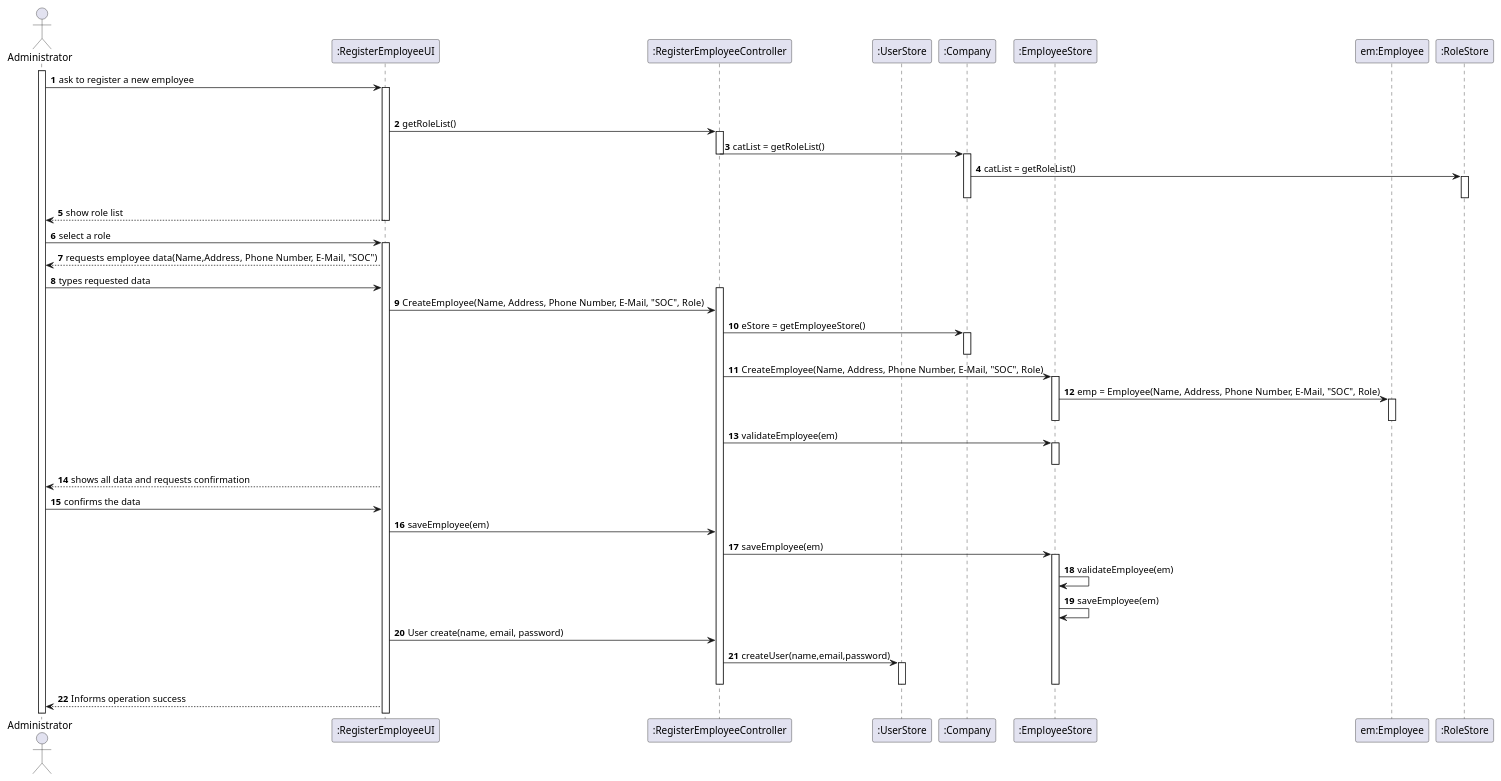
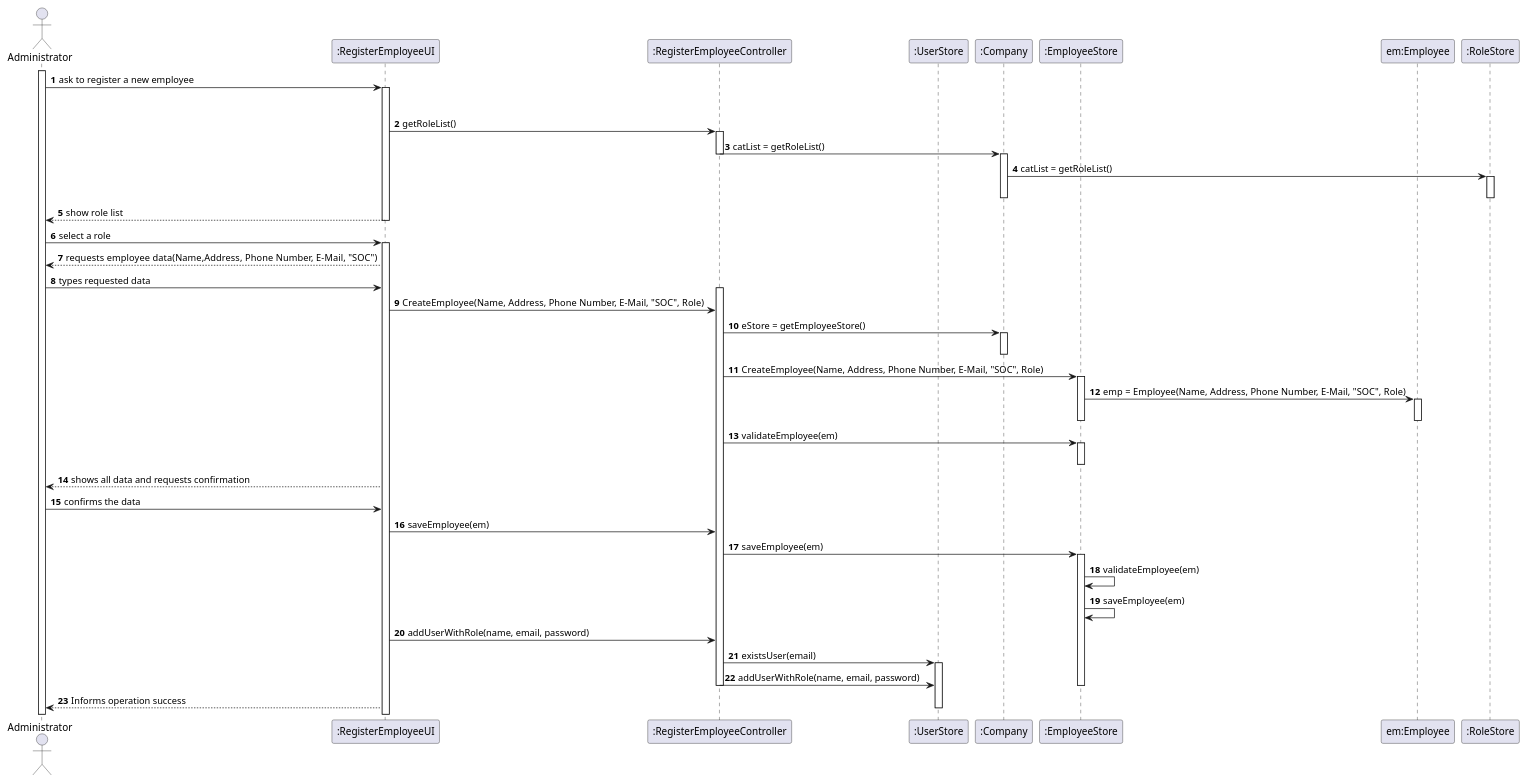
The diagram in docs/SprintB/US7/US7_SD.puml (MarianaCLages/LAPR2), drawn with PlantUML before and after one commit. The commit also changed 10 other files, not shown here.

```diff
--- a/docs/SprintB/US7/US7_SD.puml
+++ b/docs/SprintB/US7/US7_SD.puml
@@ -1,141 +1,148 @@
 @startuml
 'https://plantuml.com/sequence-diagram
 autonumber
 actor Administrator as A
 participant ":RegisterEmployeeUI" as UI
 participant ":RegisterEmployeeController" as CTRL
 'participant ":AuthFacade" as Auth
 'participant ":UserSession" as User
 participant ":UserStore" as UserStore
 participant ":Company" as COMPANY
 participant ":EmployeeStore" as EmployeeStore
 participant "em:Employee" as Employee
 participant ":RoleStore" as RoleStore
 
 
 
 activate A
 
 A -> UI: ask to register a new employee
 activate UI
 
 /' -------- Login --------
 
 UI -> CTRL : doLogin(email,password)
 activate CTRL
 CTRL -> Auth: doLogin(email,password)
 activate Auth
 CTRL -> Auth: getCurrentSession()
 deactivate Auth
 CTRL -> User: UserSession(User user)
 activate User
 deactivate User
 deactivate CTRL
 '/
 
 
 
 deactivate CTRL
 
 UI -> CTRL : getRoleList()
 
 activate CTRL
 CTRL -> COMPANY : catList = getRoleList()
 deactivate CTRL
 activate COMPANY
 
 
 
 
 COMPANY -> RoleStore  : catList = getRoleList()
 
 activate RoleStore
 deactivate RoleStore
 deactivate COMPANY
 
 UI --> A: show role list
 deactivate UI
 A -> UI: select a role
 activate UI
 
 UI --> A :requests employee data(Name,Address,  Phone Number, E-Mail,  "SOC")
 
 A -> UI : types requested data
 activate CTRL
 
 
 
 
 
 UI -> CTRL : CreateEmployee(Name, Address, Phone Number, E-Mail,  "SOC", Role)
 CTRL -> COMPANY : eStore = getEmployeeStore()
 
 activate COMPANY
 deactivate COMPANY
 
 CTRL -> EmployeeStore: CreateEmployee(Name, Address, Phone Number, E-Mail,  "SOC", Role)
 
 activate EmployeeStore
 
 EmployeeStore -> Employee : emp = Employee(Name, Address, Phone Number, E-Mail,  "SOC", Role)
 
 activate Employee
 deactivate Employee
 deactivate EmployeeStore
 
 
 
 
 
 CTRL -> EmployeeStore: validateEmployee(em)
 activate EmployeeStore
 deactivate EmployeeStore
 
 
 
 UI --> A : shows all data and requests confirmation
 
 A -> UI : confirms the data
 
 UI-> CTRL : saveEmployee(em)
 
 CTRL -> EmployeeStore : saveEmployee(em)
 activate EmployeeStore
 EmployeeStore -> EmployeeStore : validateEmployee(em)
 
 EmployeeStore -> EmployeeStore : saveEmployee(em)
 
 
 
 
 
 
 ' -------- Register --------
 
-UI -> CTRL : User create(name, email, password)
+UI -> CTRL : addUserWithRole(name, email, password)
 
-CTRL -> UserStore: createUser(name,email,password)
 
+
+CTRL -> UserStore: existsUser(email)
 activate UserStore
-deactivate UserStore
+CTRL -> UserStore: addUserWithRole(name, email, password)
+
+
+
+
+
 
 
 
 ' -------- Register --------
 
 deactivate EmployeeStore
 
 
 
 
 
 deactivate CTRL
 UI --> A : Informs operation success
 
 
 
+deactivate UserStore
 
 
 
 
 @enduml
```
